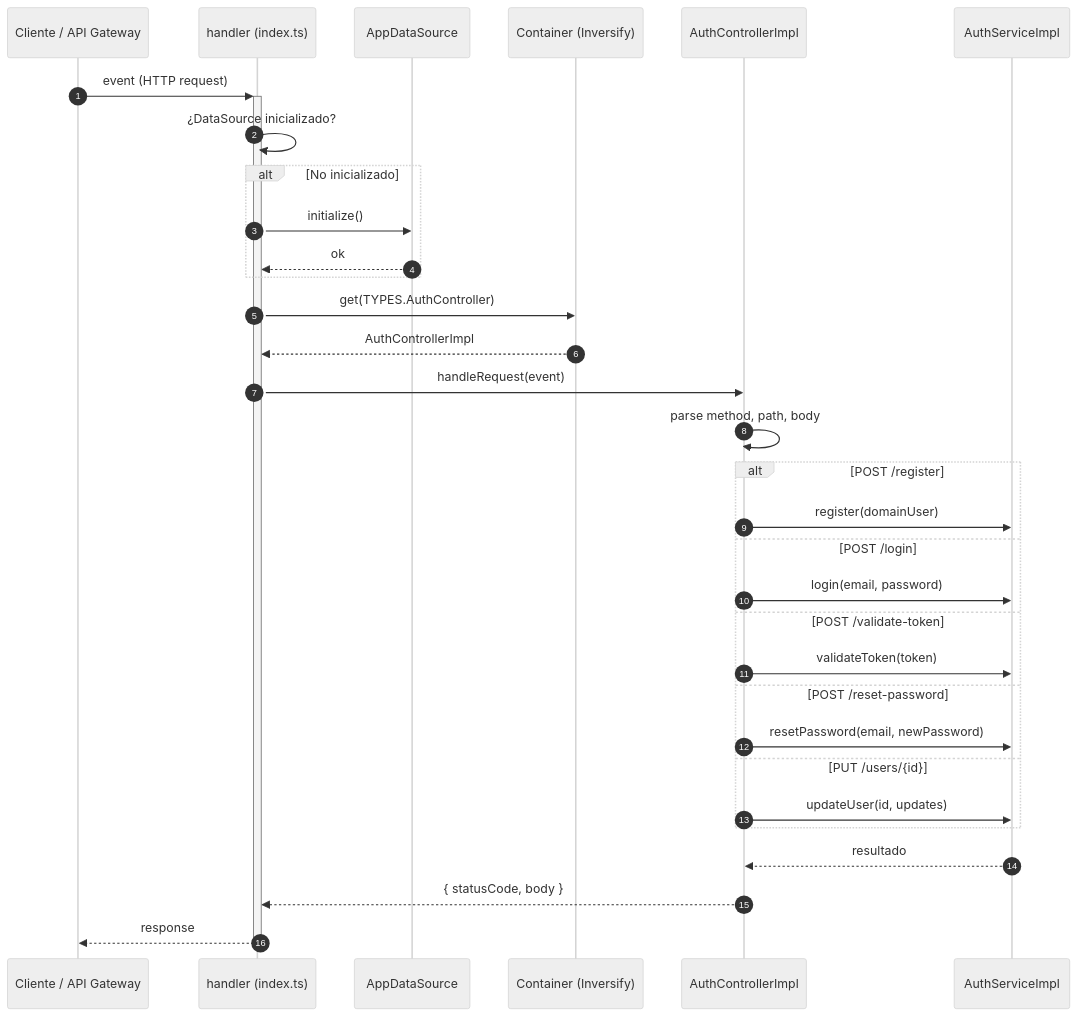
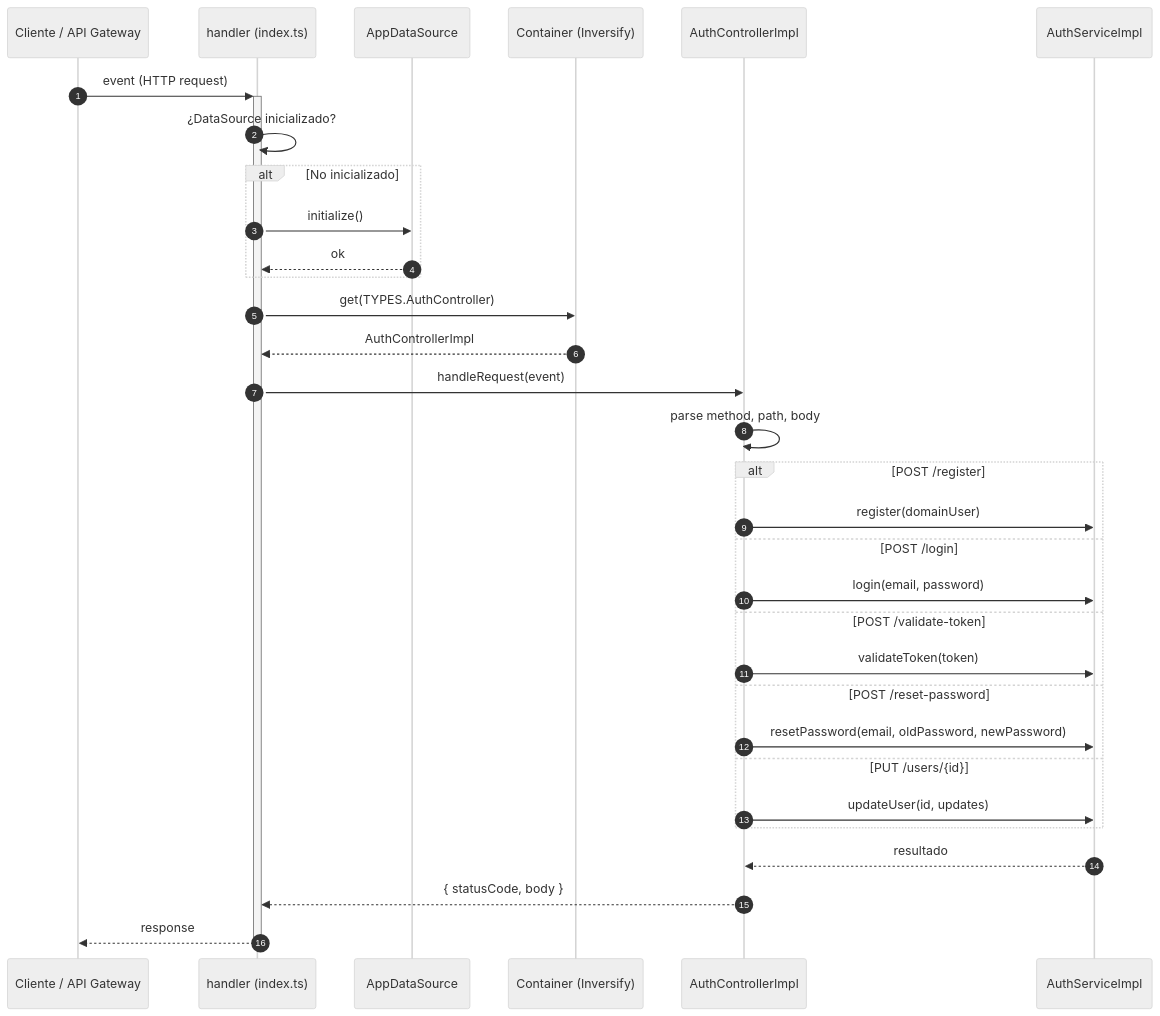
One commit to david-ortegac/ms_rapiserv_auth_lambdas changed the diagram in docs/sequence-diagram.mmd. Above: the diagram before and after it, drawn with Mermaid (neutral theme). The commit also changed 7 other files, not shown here.

Commit message:
♻️ Added validate to reset password, added changes in diagrams

```diff
--- a/docs/sequence-diagram.mmd
+++ b/docs/sequence-diagram.mmd
@@ -1,37 +1,37 @@
 %% Diagrama de Secuencia - MS Auth Lambda
 %% Flujo general: Entrada a la Lambda
 %% (Cada archivo .mmd debe contener un único sequenceDiagram para evitar errores de parseo)
 
 sequenceDiagram
     autonumber
     participant Client as Cliente / API Gateway
     participant Handler as handler (index.ts)
     participant DS as AppDataSource
     participant IoC as Container (Inversify)
     participant Ctrl as AuthControllerImpl
     participant Svc as AuthServiceImpl
 
     Client->>+Handler: event (HTTP request)
     Handler->>Handler: ¿DataSource inicializado?
     alt No inicializado
         Handler->>DS: initialize()
         DS-->>Handler: ok
     end
     Handler->>IoC: get(TYPES.AuthController)
     IoC-->>Handler: AuthControllerImpl
     Handler->>Ctrl: handleRequest(event)
     Ctrl->>Ctrl: parse method, path, body
     alt POST /register
         Ctrl->>Svc: register(domainUser)
     else POST /login
         Ctrl->>Svc: login(email, password)
     else POST /validate-token
         Ctrl->>Svc: validateToken(token)
     else POST /reset-password
-        Ctrl->>Svc: resetPassword(email, newPassword)
+        Ctrl->>Svc: resetPassword(email, oldPassword, newPassword)
     else PUT /users/{id}
         Ctrl->>Svc: updateUser(id, updates)
     end
     Svc-->>Ctrl: resultado
     Ctrl-->>Handler: { statusCode, body }
     Handler-->>-Client: response
```
